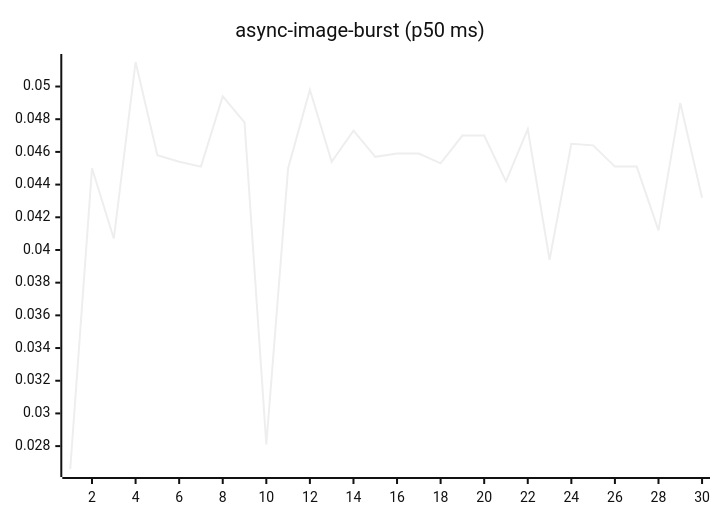
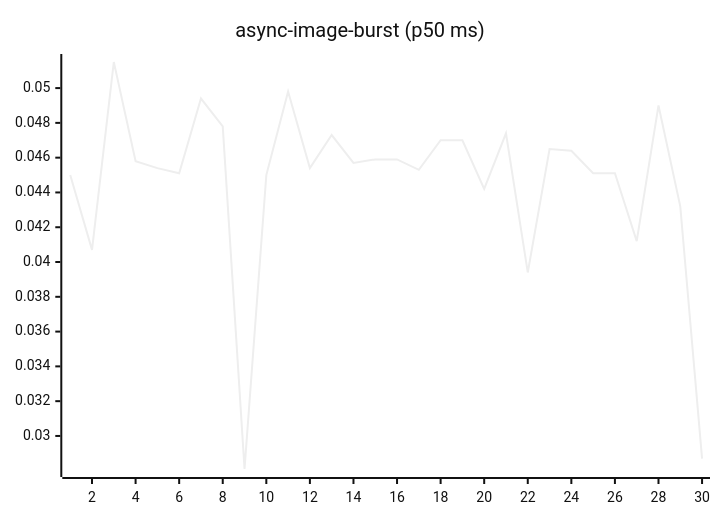
The fourth of 27 diagrams in README.md (josha/Facet), drawn with Mermaid (neutral theme) before and after one commit. The commit also changed other lines of this file and 2 other files, not shown here.

````diff
--- a/README.md
+++ b/README.md
@@ -84,6 +84,6 @@
 ```mermaid
 xychart-beta
     title "async-image-burst (p50 ms)"
     x-axis 1 --> 30
-    line [0.0266, 0.0450, 0.0407, 0.0515, 0.0458, 0.0454, 0.0451, 0.0494, 0.0478, 0.0281, 0.0450, 0.0498, 0.0454, 0.0473, 0.0457, 0.0459, 0.0459, 0.0453, 0.0470, 0.0470, 0.0442, 0.0474, 0.0394, 0.0465, 0.0464, 0.0451, 0.0451, 0.0412, 0.0490, 0.0432]
+    line [0.0450, 0.0407, 0.0515, 0.0458, 0.0454, 0.0451, 0.0494, 0.0478, 0.0281, 0.0450, 0.0498, 0.0454, 0.0473, 0.0457, 0.0459, 0.0459, 0.0453, 0.0470, 0.0470, 0.0442, 0.0474, 0.0394, 0.0465, 0.0464, 0.0451, 0.0451, 0.0412, 0.0490, 0.0432, 0.0287]
 ```
````
